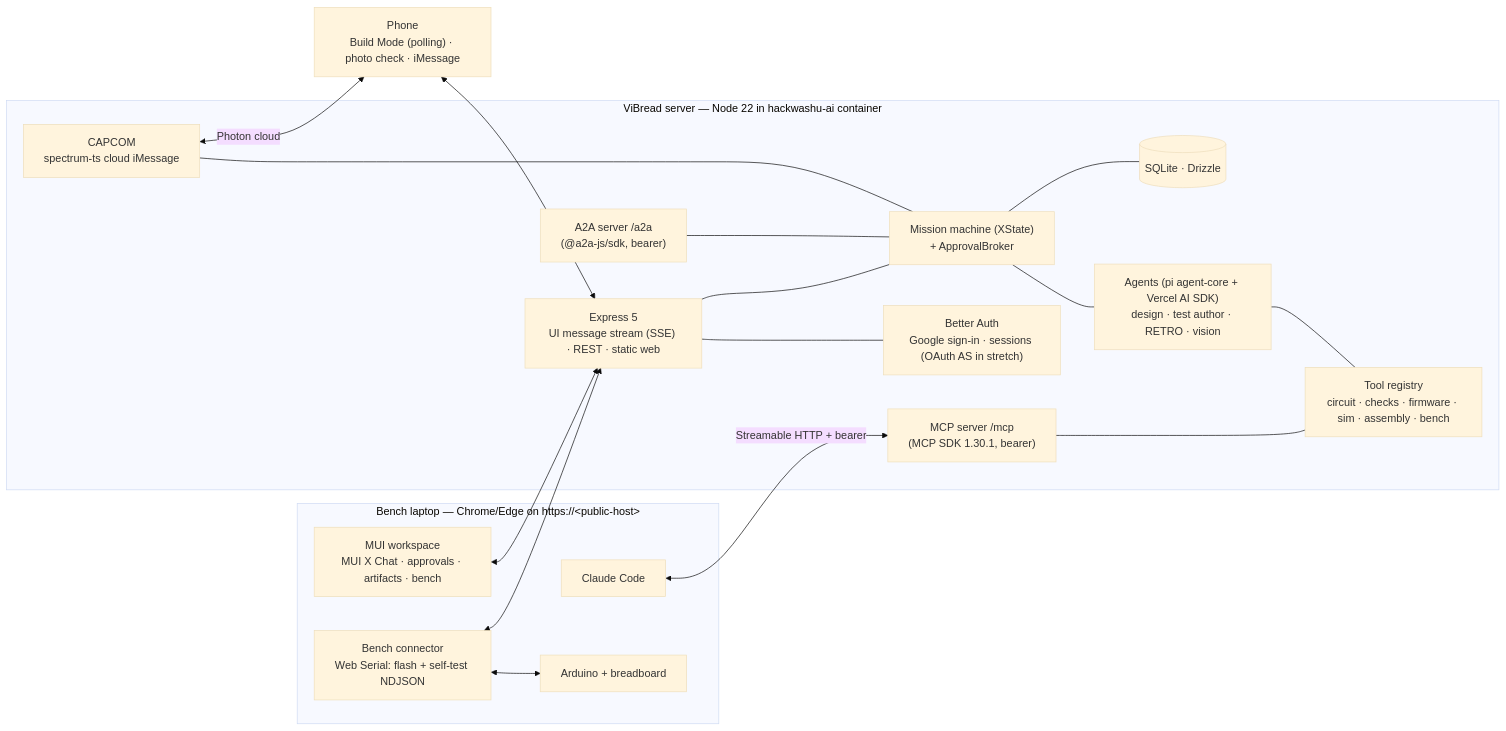
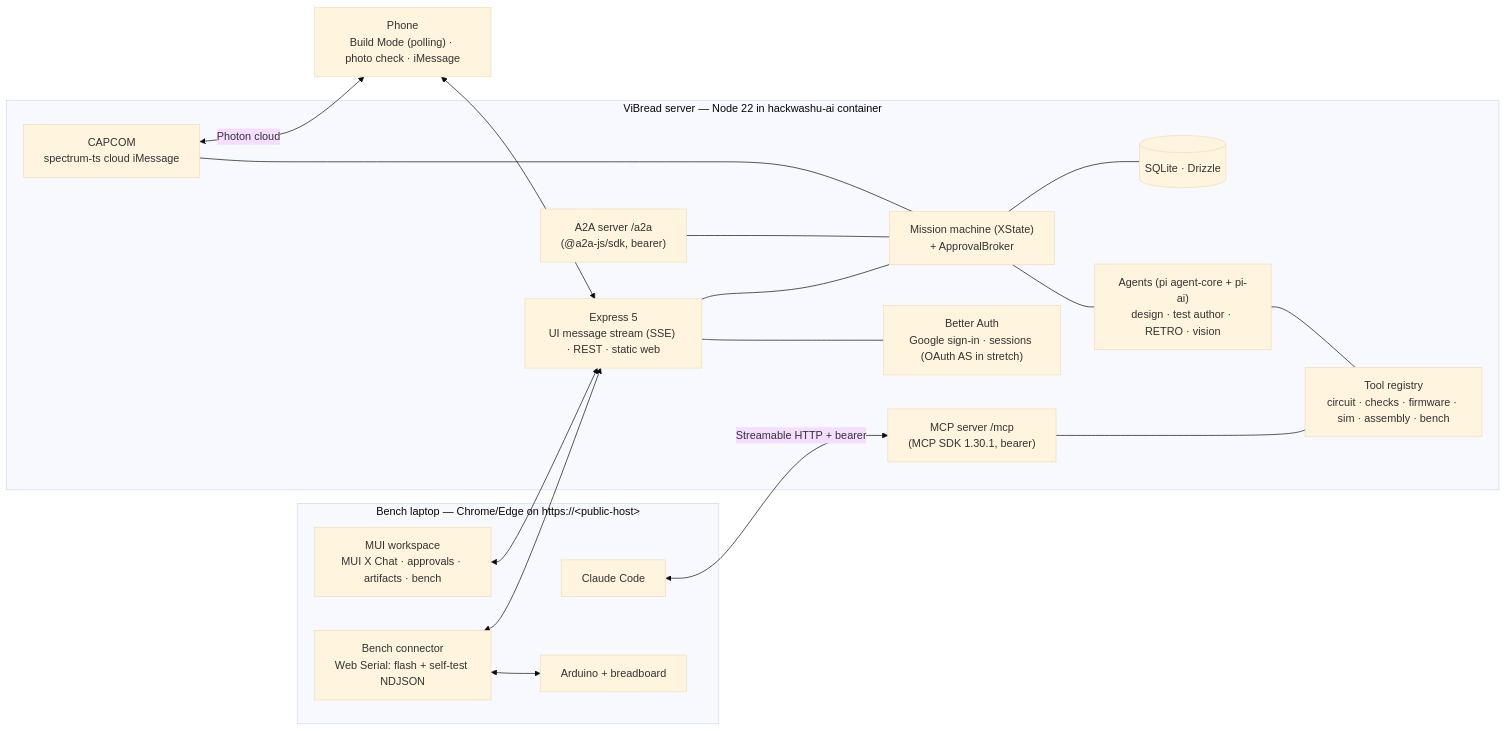
The diagram in PLAN.md (BarryTheShen/ViBread), drawn with Mermaid (base theme) before and after one commit. The commit also changed other lines of this file and 41 other files, not shown here.

````diff
--- a/PLAN.md
+++ b/PLAN.md
@@ -188,33 +188,33 @@
 ```mermaid
 flowchart LR
   subgraph Laptop["Bench laptop — Chrome/Edge on https://&lt;public-host&gt;"]
     WEB["MUI workspace<br/>MUI X Chat · approvals · artifacts · bench"]
     BENCH["Bench connector<br/>Web Serial: flash + self-test NDJSON"]
     CC["Claude Code"]
     USB["Arduino + breadboard"]
   end
   PHONE["Phone<br/>Build Mode (polling) · photo check · iMessage"]
   subgraph Server["ViBread server — Node 22 in hackwashu-ai container"]
     API["Express 5<br/>UI message stream (SSE) · REST · static web"]
     AUTH["Better Auth<br/>Google sign-in · sessions (OAuth AS in stretch)"]
     ORCH["Mission machine (XState)<br/>+ ApprovalBroker"]
-    AG["Agents (pi agent-core + Vercel AI SDK)<br/>design · test author · RETRO · vision"]
+    AG["Agents (pi agent-core + pi-ai)<br/>design · test author · RETRO · vision"]
     TOOLS["Tool registry<br/>circuit · checks · firmware · sim · assembly · bench"]
     MCP["MCP server /mcp<br/>(MCP SDK 1.30.1, bearer)"]
     A2A["A2A server /a2a<br/>(@a2a-js/sdk, bearer)"]
     CAP["CAPCOM<br/>spectrum-ts cloud iMessage"]
     DB[("SQLite · Drizzle")]
   end
   WEB <--> API
   BENCH <--> USB
   BENCH <--> API
   CC <-->|Streamable HTTP + bearer| MCP
   PHONE <--> API
   API --- AUTH
   API --- ORCH --- AG --- TOOLS
   MCP --- TOOLS
   A2A --- ORCH
   CAP --- ORCH
   ORCH --- DB
   CAP <-->|Photon cloud| PHONE
 ```
````
